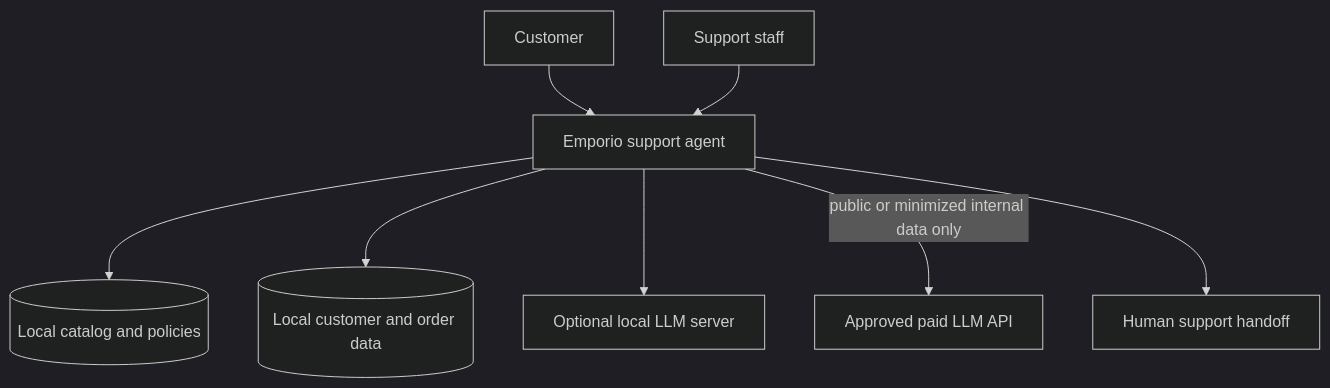
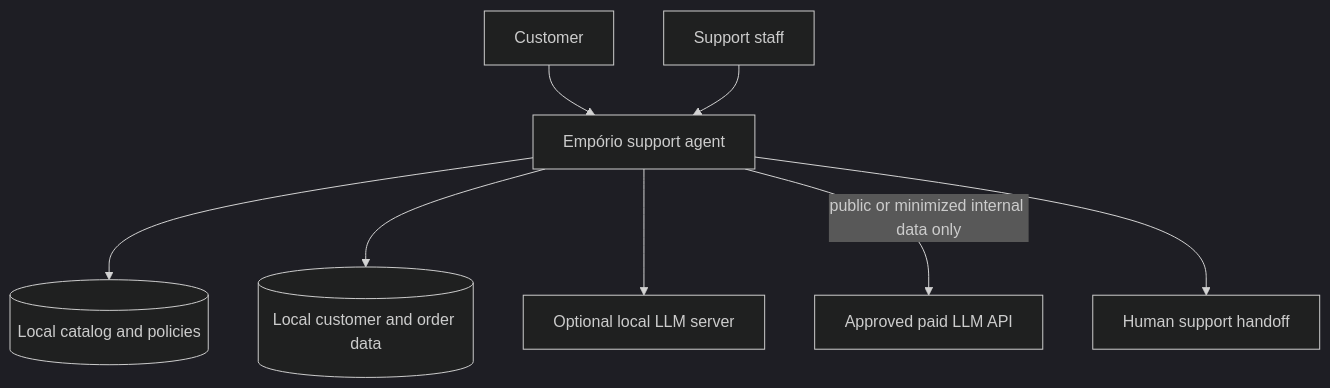
Before and after one commit to antonioreal97/Artefact_case: the first of 2 diagrams in docs/architecture.md, drawn with Mermaid (dark theme). The commit also changed 47 other files, not shown here.

````diff
--- a/docs/architecture.md
+++ b/docs/architecture.md
@@ -12,10 +12,10 @@
 ```mermaid
 flowchart TB
-    Customer[Customer] --> Agent[Emporio support agent]
+    Customer[Customer] --> Agent["Empório support agent"]
     Staff[Support staff] --> Agent
     Agent --> Catalog[(Local catalog and policies)]
     Agent --> Orders[(Local customer and order data)]
     Agent --> Local[Optional local LLM server]
     Agent -->|public or minimized internal data only| Paid[Approved paid LLM API]
     Agent --> Human[Human support handoff]
 ```
````
